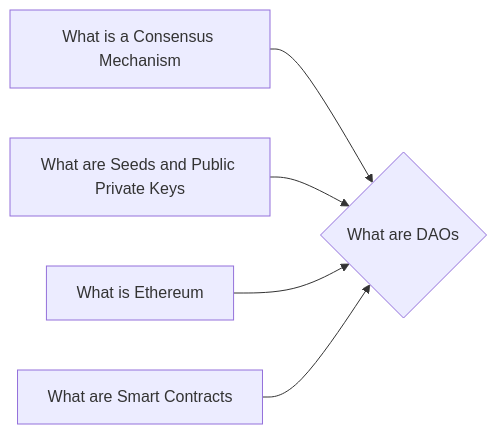
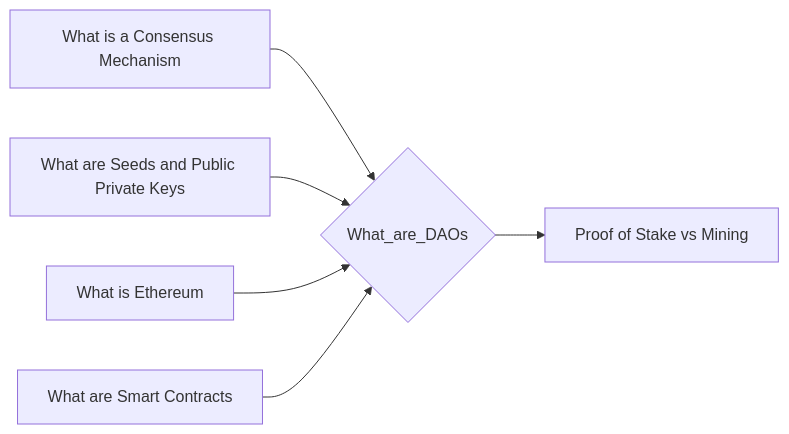
Before and after one commit to lpurdy01/crypto-knowledge-map: the diagram in notes/What_are_DAOs.md, drawn with Mermaid. The commit also changed 161 other files, not shown here.

````diff
--- a/notes/What_are_DAOs.md
+++ b/notes/What_are_DAOs.md
@@ -15,7 +15,8 @@
 ```mermaid
 graph LR
-1["What is a Consensus Mechanism"]-->0{"What are DAOs"}
-2["What are Seeds and Public Private Keys"]-->0{"What are DAOs"}
-3["What is Ethereum"]-->0{"What are DAOs"}
-4["What are Smart Contracts"]-->0{"What are DAOs"}
+1["What is a Consensus Mechanism"]-->0{"What_are_DAOs"}
+2["What are Seeds and Public Private Keys"]-->0{"What_are_DAOs"}
+3["What is Ethereum"]-->0{"What_are_DAOs"}
+4["What are Smart Contracts"]-->0{"What_are_DAOs"}
+0{"What_are_DAOs"}-->5["Proof of Stake vs Mining"]
 ```
````
